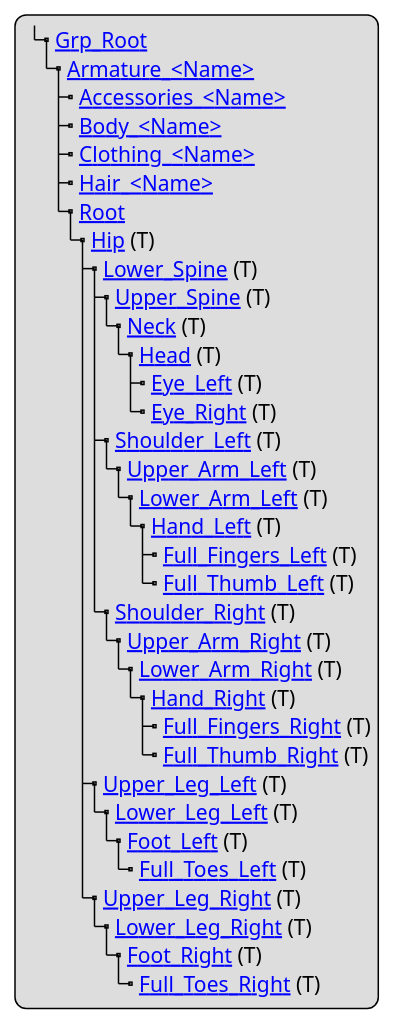
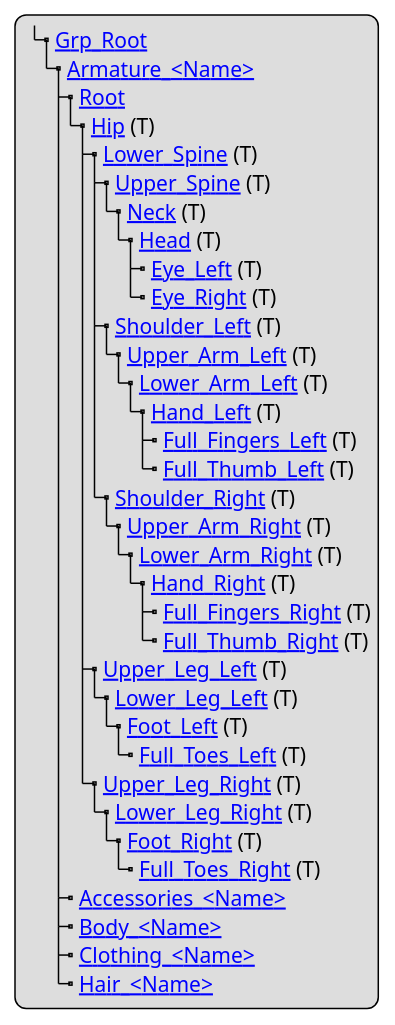
Before and after one commit to asam-ev/OpenMATERIAL: the diagram in content/geometry/object-human/human-structure.adoc, drawn with PlantUML. The commit also changed other lines of this file, not shown here.

Commit message:
Move chapters accessoire, body, clothing, hair below the bones

```diff
--- a/content/geometry/object-human/human-structure.adoc
+++ b/content/geometry/object-human/human-structure.adoc
@@ -5,39 +5,39 @@
 [plantuml]
 ----
 legend
 |_ [[../geometry/object-human/human-index.html#_grp_root Grp_Root]]
   |_ [[../geometry/object-human/human-index.html#_armature_name Armature_<Name>]]
-    |_ [[../geometry/object-human/human-index.html#_accessories_name Accessories_<Name>]]
-    |_ [[../geometry/object-human/human-index.html#_body_name Body_<Name>]]
-    |_ [[../geometry/object-human/human-index.html#_clothing_name Clothing_<Name>]]
-    |_ [[../geometry/object-human/human-index.html#_hair_name Hair_<Name>]]
     |_ [[../geometry/object-human/human-index.html#_root Root]]
       |_ [[../geometry/object-human/human-index.html#_hip_t Hip]] (T)
         |_ [[../geometry/object-human/human-index.html#_lower_spine_t Lower_Spine]] (T)
           |_ [[../geometry/object-human/human-index.html#_upper_spine_t Upper_Spine]] (T)
             |_ [[../geometry/object-human/human-index.html#_neck_t Neck]] (T)
               |_ [[../geometry/object-human/human-index.html#_head_t Head]] (T)
                 |_ [[../geometry/object-human/human-index.html#_eye_left_t Eye_Left]] (T)
                 |_ [[../geometry/object-human/human-index.html#_eye_right_t Eye_Right]] (T)
           |_ [[../geometry/object-human/human-index.html#_shoulder_left_t Shoulder_Left]] (T)
             |_ [[../geometry/object-human/human-index.html#_upper_arm_left_t Upper_Arm_Left]] (T)
               |_ [[../geometry/object-human/human-index.html#_lower_arm_left_t Lower_Arm_Left]] (T)
                 |_ [[../geometry/object-human/human-index.html#_hand_left_t Hand_Left]] (T)
                   |_ [[../geometry/object-human/human-index.html#_full_fingers_left_t Full_Fingers_Left]] (T)
                   |_ [[../geometry/object-human/human-index.html#_full_thumb_left_t Full_Thumb_Left]] (T)
           |_ [[../geometry/object-human/human-index.html#_shoulder_right_t Shoulder_Right]] (T)
             |_ [[../geometry/object-human/human-index.html#_upper_arm_right_t Upper_Arm_Right]] (T)
               |_ [[../geometry/object-human/human-index.html#_lower_arm_right_t Lower_Arm_Right]] (T)
                 |_ [[../geometry/object-human/human-index.html#_hand_right_t Hand_Right]] (T)
                   |_ [[../geometry/object-human/human-index.html#_full_fingers_right_t Full_Fingers_Right]] (T)
                   |_ [[../geometry/object-human/human-index.html#_full_thumb_right_t Full_Thumb_Right]] (T)
         |_ [[../geometry/object-human/human-index.html#_upper_leg_left_t Upper_Leg_Left]] (T)
           |_ [[../geometry/object-human/human-index.html#_lower_leg_left_t Lower_Leg_Left]] (T)
             |_ [[../geometry/object-human/human-index.html#_foot_left_t Foot_Left]] (T)
               |_ [[../geometry/object-human/human-index.html#_full_toes_left_t Full_Toes_Left]] (T)
         |_ [[../geometry/object-human/human-index.html#_upper_leg_right_t Upper_Leg_Right]] (T)
           |_ [[../geometry/object-human/human-index.html#_lower_leg_right_t Lower_Leg_Right]] (T)
             |_ [[../geometry/object-human/human-index.html#_foot_right_t Foot_Right]] (T)
               |_ [[../geometry/object-human/human-index.html#_full_toes_right_t Full_Toes_Right]] (T)
+    |_ [[../geometry/object-human/human-index.html#_accessories_name Accessories_<Name>]]
+    |_ [[../geometry/object-human/human-index.html#_body_name Body_<Name>]]
+    |_ [[../geometry/object-human/human-index.html#_clothing_name Clothing_<Name>]]
+    |_ [[../geometry/object-human/human-index.html#_hair_name Hair_<Name>]]
 end legend
 ----
```
